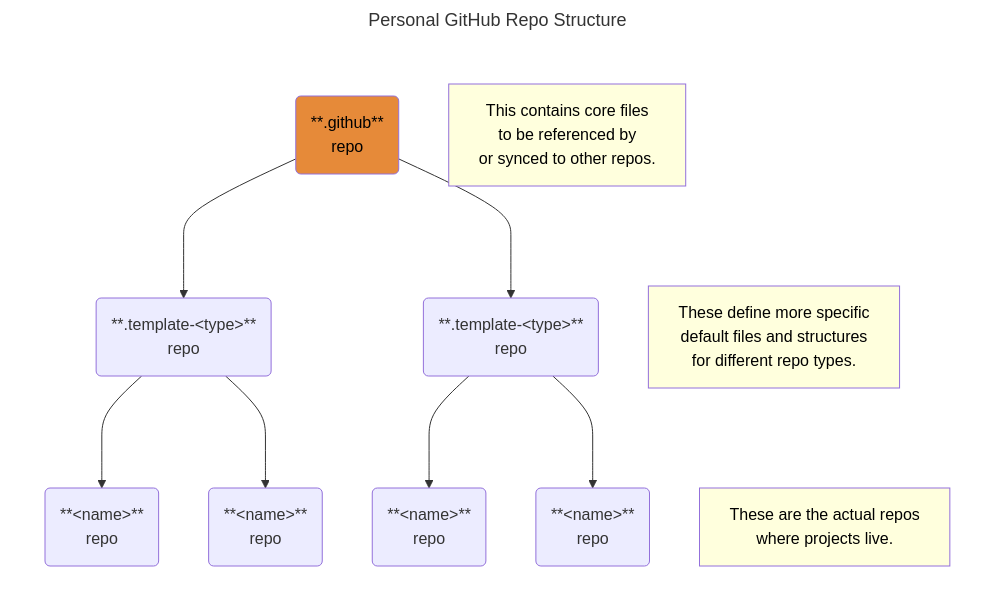
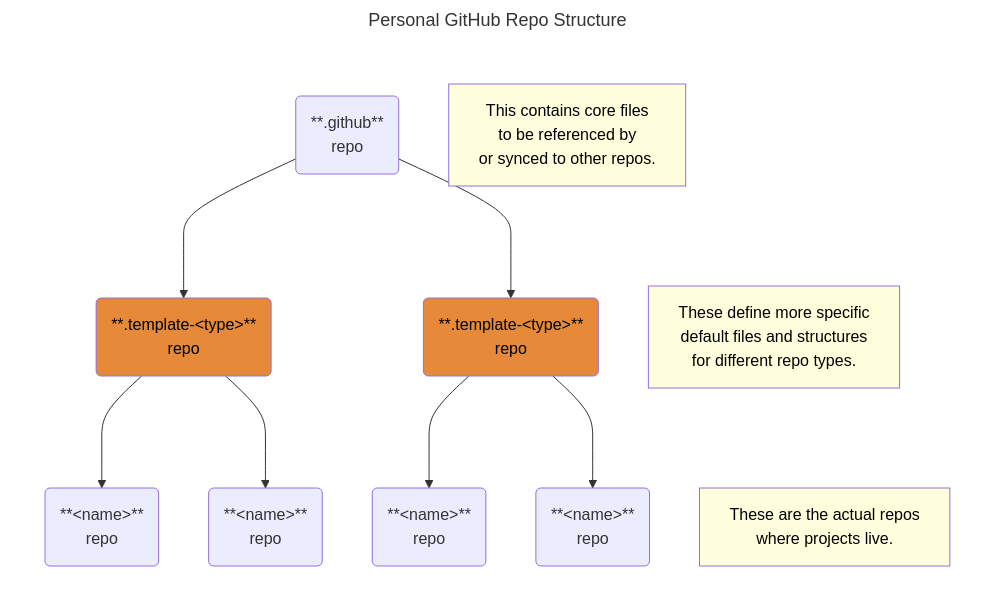
Before and after one commit to TaffarelJr/.template-NuGet: the diagram in README.md, drawn with Mermaid. The commit also changed other lines of this file and 11 other files, not shown here.

````diff
--- a/README.md
+++ b/README.md
@@ -10,62 +6,62 @@
 ```mermaid
 ---
 title: Personal GitHub Repo Structure
 ---
 
 flowchart TB
 
   subgraph subGH [" "]
     gh(**.github**
     repo)
 
     noteGH[This contains core files
     to be referenced by
     or synced to other repos.]
   end
 
   subgraph subT [" "]
     T1(**.template-&lt;type&gt;**
     repo)
 
     T2(**.template-&lt;type&gt;**
     repo)
 
     noteT[These define more specific
     default files and structures
     for different repo types.]
   end
 
   subgraph subR [" "]
     R1(**&lt;name&gt;**
     repo)
 
     R2(**&lt;name&gt;**
     repo)
 
     R3(**&lt;name&gt;**
     repo)
 
     R4(**&lt;name&gt;**
     repo)
 
     noteR[These are the actual repos
     where projects live.]
   end
 
   classDef current fill:#E68A39,color:#000000
-  class gh current
+  class T1,T2 current
 
   classDef sub opacity:0
   class subGH,subT,subR sub
 
   classDef note fill:#FFFFDD,color:#000000
   class noteGH,noteT,noteR note
 
   gh --> T1
   gh --> T2
 
   T1 --> R1
   T1 --> R2
   T2 --> R3
   T2 --> R4
 ```
````
